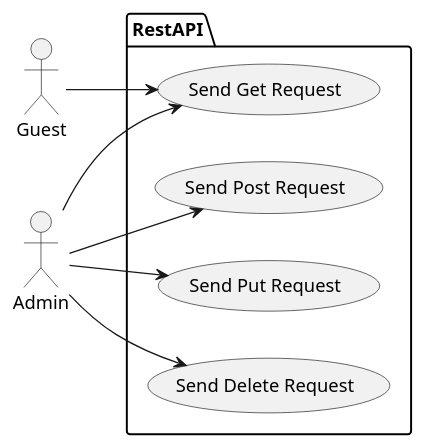
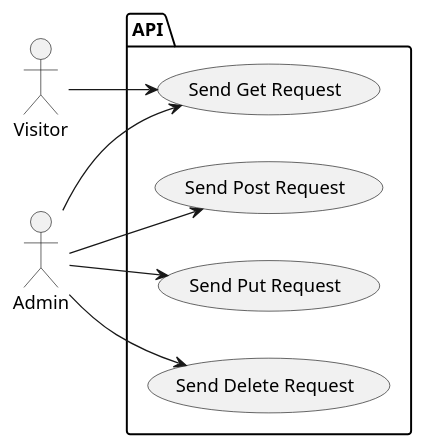
The first of 2 diagrams in Documentation/Diagrams/use_case.puml (GutterneTheBois/smagen-af-oel), drawn with PlantUML before and after one commit. The commit also changed other lines of this file and 3 other files, not shown here.

```diff
--- a/Documentation/Diagrams/use_case.puml
+++ b/Documentation/Diagrams/use_case.puml
@@ -1,21 +1,21 @@
 @startuml uc
 
 left to right direction
 
-actor Guest as G
+actor Visitor as G
 actor Admin as A
 
-package RestAPI {
+package API {
     usecase "Send Get Request" as UC1
     usecase "Send Post Request" as UC2
     usecase "Send Put Request" as UC3
     usecase "Send Delete Request" as UC4
 }
 
 G --> UC1
 A --> UC1
 A --> UC2
 A --> UC3
 A --> UC4
 
 @enduml
```
